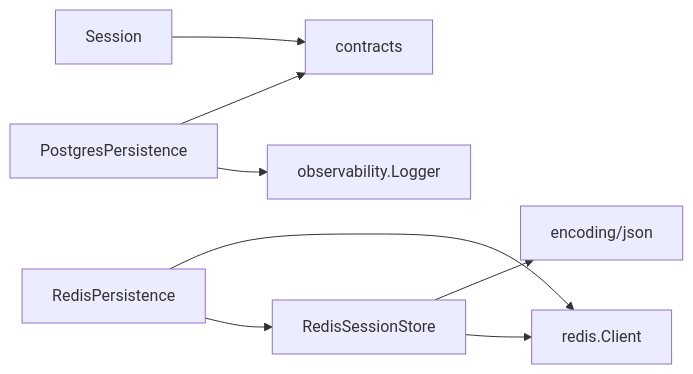
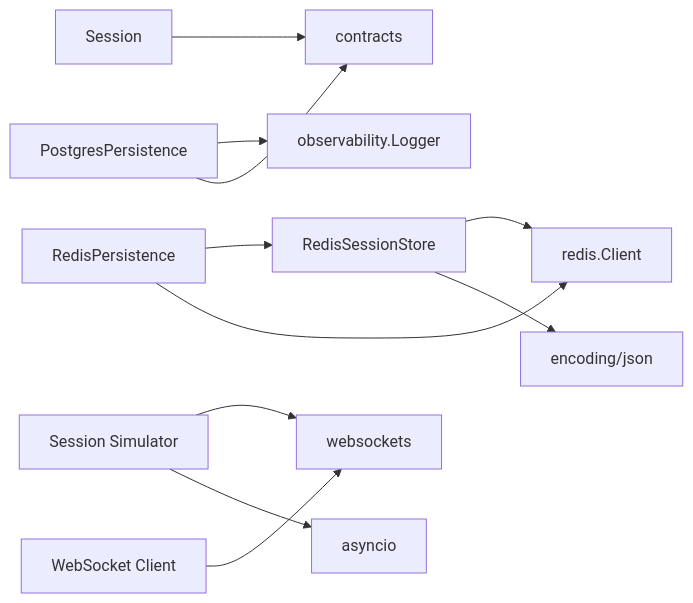
Diagram 11 of 11 in .qoder/repowiki/en/content/Session Management.md (vashkelis/call-server), drawn with Mermaid before and after one commit. The commit also changed other lines of this file and 16 other files, not shown here.

````diff
--- a/.qoder/repowiki/en/content/Session Management.md
+++ b/.qoder/repowiki/en/content/Session Management.md
@@ -454,10 +563,13 @@
 ```mermaid
 graph LR
 Session["Session"] --> Contracts["contracts"]
 RedisStore["RedisSessionStore"] --> RedisClient["redis.Client"]
 RedisStore --> JSON["encoding/json"]
 RedisPersistence["RedisPersistence"] --> RedisStore
 RedisPersistence --> RedisClient
 PostgresPersistence["PostgresPersistence"] --> Logger["observability.Logger"]
 PostgresPersistence --> Contracts
+SessionSimulator["Session Simulator"] --> Websockets["websockets"]
+SessionSimulator --> Asyncio["asyncio"]
+WebSocketClient["WebSocket Client"] --> Websockets
 ```
````
